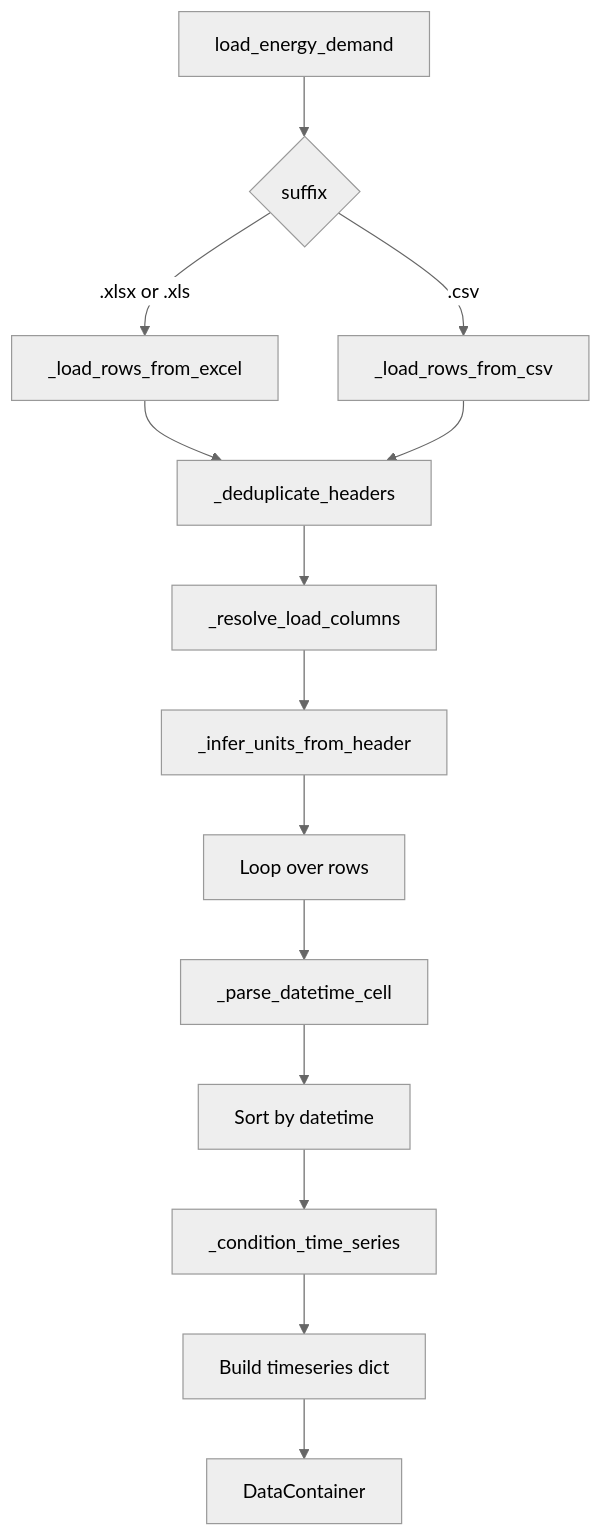
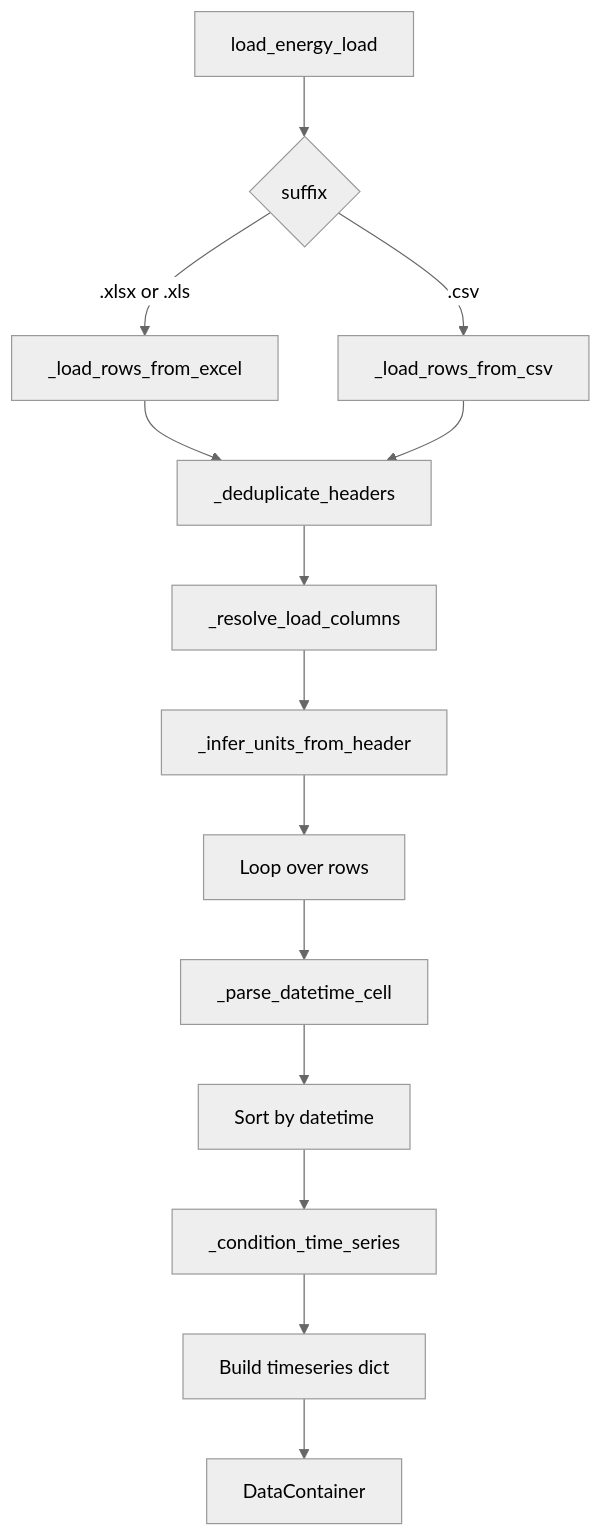
Before and after one commit to rjflores2/DERopt_Python: the second of 2 diagrams in docs/deropt_python_pyomo_rebuild.md, drawn with Mermaid (neutral theme). The commit also changed other lines of this file and 9 other files, not shown here.

````diff
--- a/docs/deropt_python_pyomo_rebuild.md
+++ b/docs/deropt_python_pyomo_rebuild.md
@@ -148,30 +148,30 @@
 ```mermaid
 flowchart TB
-  Main[load_energy_demand]
+  Main[load_energy_load]
   Branch{suffix}
   LoadExcel[_load_rows_from_excel]
   LoadCSV[_load_rows_from_csv]
   Dedup[_deduplicate_headers]
   Resolve[_resolve_load_columns]
   InferUnits[_infer_units_from_header]
   Loop[Loop over rows]
   ParseDT[_parse_datetime_cell]
   Sort[Sort by datetime]
   Condition[_condition_time_series]
   BuildTimeseries[Build timeseries dict]
   Container[DataContainer]
 
   Main --> Branch
   Branch -->|".xlsx or .xls"| LoadExcel
   Branch -->|".csv"| LoadCSV
   LoadExcel --> Dedup
   LoadCSV --> Dedup
   Dedup --> Resolve
   Resolve --> InferUnits
   InferUnits --> Loop
   Loop --> ParseDT
   ParseDT --> Sort
   Sort --> Condition
   Condition --> BuildTimeseries
   BuildTimeseries --> Container
 ```
````
